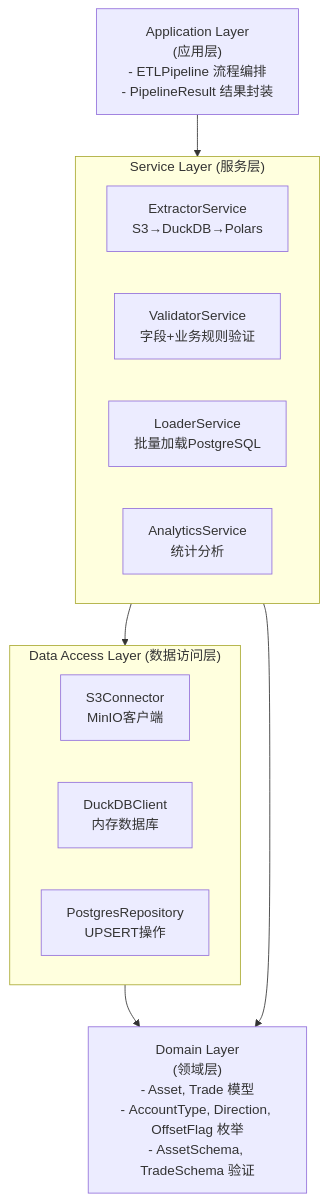
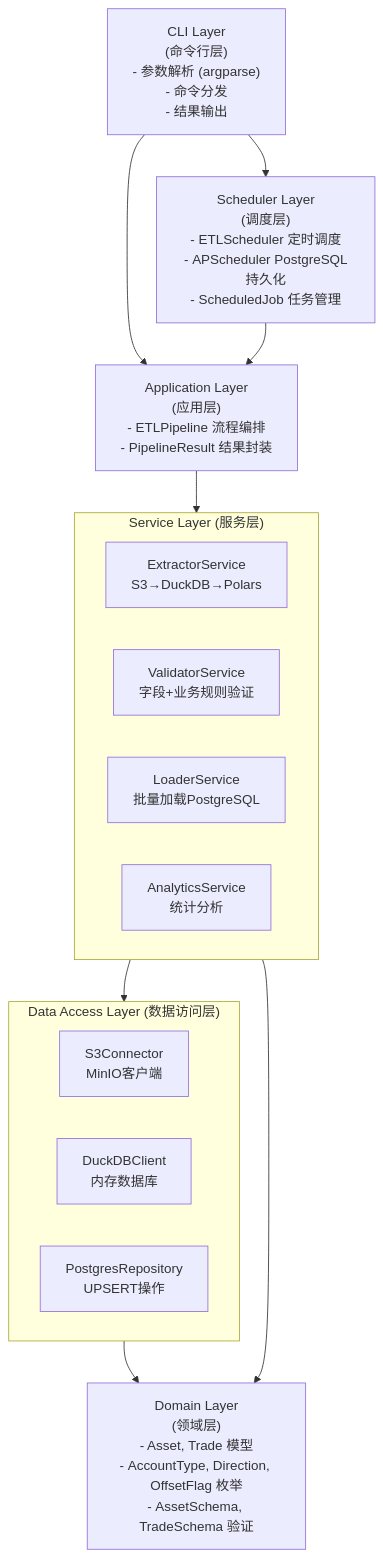
Before and after one commit to zhj0513/small_etl: the second of 7 diagrams in doc/architecture.md, drawn with Mermaid. The commit also changed other lines of this file and 18 other files, not shown here.

````diff
--- a/doc/architecture.md
+++ b/doc/architecture.md
@@ -39,39 +41,52 @@
 ```mermaid
 flowchart TB
+    %% ======================
+    %% CLI Layer
+    %% ======================
+    CLI["CLI Layer<br/>(命令行层)<br/>- 参数解析 (argparse)<br/>- 命令分发<br/>- 结果输出"]
+
+    %% ======================
+    %% Scheduler Layer
+    %% ======================
+    SCHEDULER["Scheduler Layer<br/>(调度层)<br/>- ETLScheduler 定时调度<br/>- APScheduler PostgreSQL持久化<br/>- ScheduledJob 任务管理"]
+
     %% ======================
     %% Application Layer
     %% ======================
     APP["Application Layer<br/>(应用层)<br/>- ETLPipeline 流程编排<br/>- PipelineResult 结果封装"]
 
     %% ======================
     %% Service Layer
     %% ======================
     subgraph SERVICE["Service Layer (服务层)"]
         EX["ExtractorService<br/>S3→DuckDB→Polars"]
         VA["ValidatorService<br/>字段+业务规则验证"]
         LO["LoaderService<br/>批量加载PostgreSQL"]
         AN["AnalyticsService<br/>统计分析"]
     end
 
     %% ======================
     %% Data Access Layer
     %% ======================
     subgraph DAL["Data Access Layer (数据访问层)"]
         S3["S3Connector<br/>MinIO客户端"]
         DUCK["DuckDBClient<br/>内存数据库"]
         PG["PostgresRepository<br/>UPSERT操作"]
     end
 
     %% ======================
     %% Domain Layer
     %% ======================
     DOMAIN["Domain Layer<br/>(领域层)<br/>- Asset, Trade 模型<br/>- AccountType, Direction, OffsetFlag 枚举<br/>- AssetSchema, TradeSchema 验证"]
 
     %% ======================
     %% Layer Connections
     %% ======================
+    CLI --> SCHEDULER
+    CLI --> APP
+    SCHEDULER --> APP
     APP --> SERVICE
     SERVICE --> DAL
     DAL --> DOMAIN
     SERVICE --> DOMAIN
 ```
````
